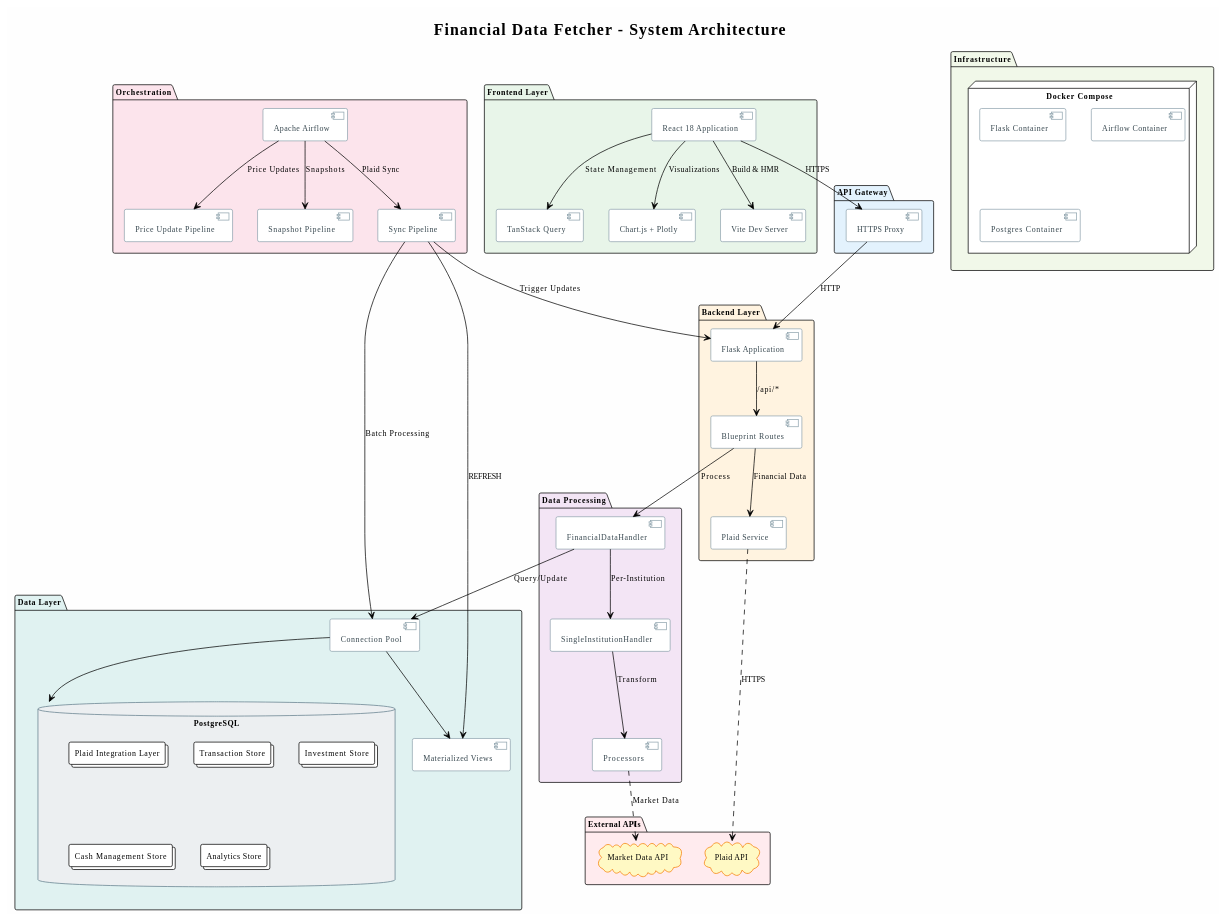
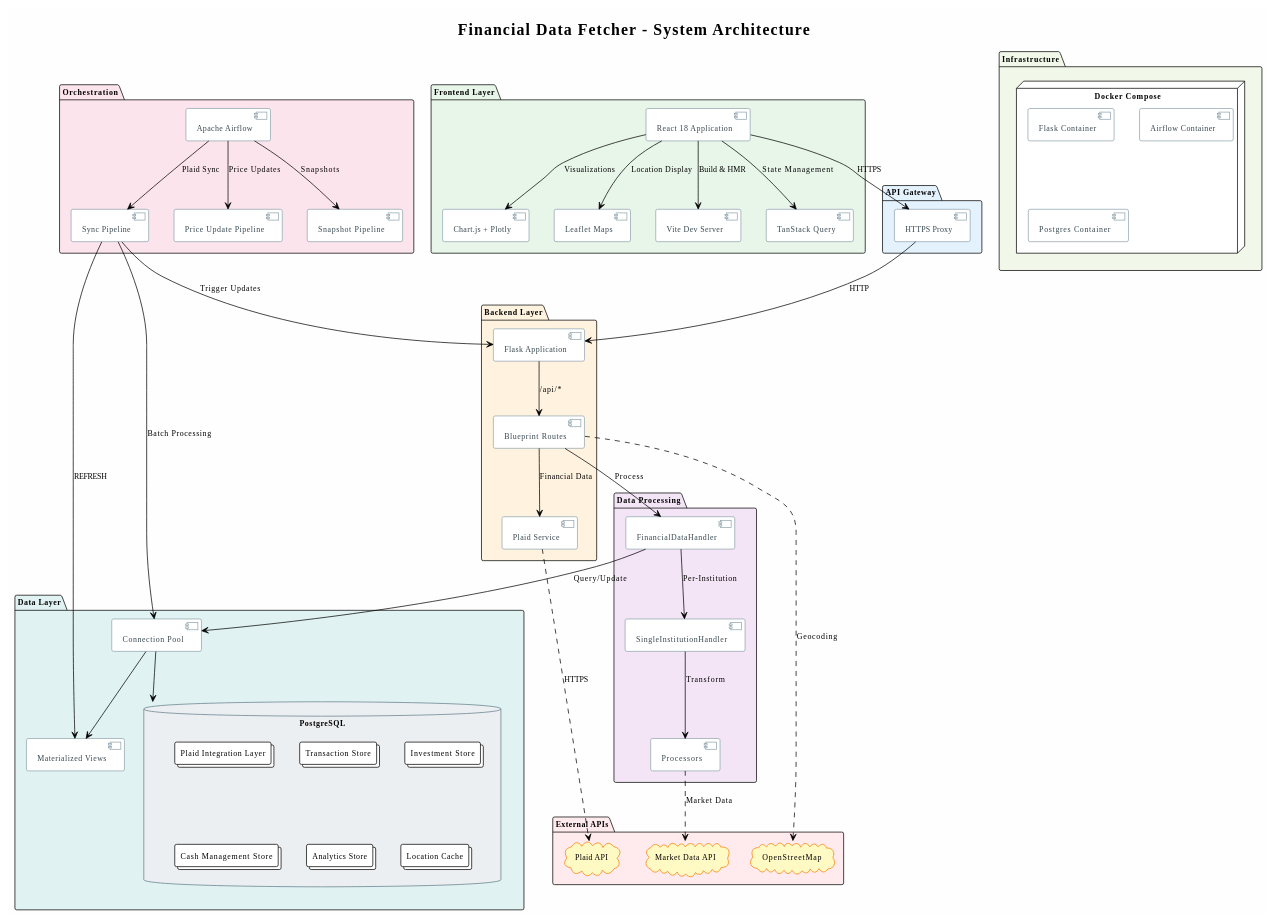
Before and after one commit to m-dur/docs: the first of 2 diagrams in README.md, drawn with PlantUML. The commit also changed other lines of this file and 1 other file, not shown here.

```diff
--- a/README.md
+++ b/README.md
@@ -30,9 +30,11 @@
   [Vite Dev Server] as Vite
   [TanStack Query] as Query
   [Chart.js + Plotly] as Charts
+  [Leaflet Maps] as Maps
   React --> Query : State Management
   React --> Vite : Build & HMR
   React --> Charts : Visualizations
+  React --> Maps : Location Display
 }
 
 package "API Gateway" #E3F2FD {
@@ -58,8 +60,10 @@
 package "External APIs" #FFEBEE {
   cloud "Plaid API" as PlaidAPI
   cloud "Market Data API" as MarketAPI
+  cloud "OpenStreetMap" as OSM
   PlaidSvc ..> PlaidAPI : HTTPS
   Processors ..> MarketAPI : Market Data
+  Routes ..> OSM : Geocoding
 }
 
 package "Data Layer" #E0F2F1 {
@@ -69,6 +73,7 @@
     collections "Investment Store"
     collections "Cash Management Store"
     collections "Analytics Store"
+    collections "Location Cache"
   }
   [Connection Pool] as Pool
   [Materialized Views] as MatViews
```
